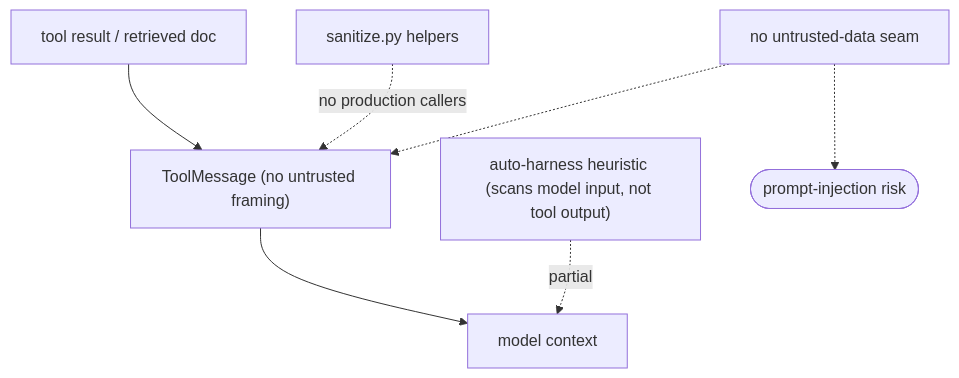
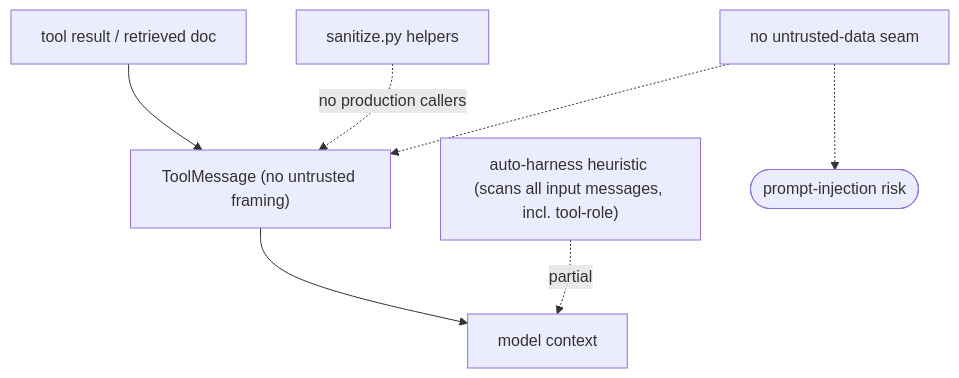
Before and after one commit to michaelatamuk/openjiuwen-jiuwenswarm: the second of 8 diagrams in docs-michael/interview_questions/09-security-and-safety.md, drawn with Mermaid. The commit also changed other lines of this file and 9 other files, not shown here.

````diff
--- a/docs-michael/interview_questions/09-security-and-safety.md
+++ b/docs-michael/interview_questions/09-security-and-safety.md
@@ -33,9 +33,9 @@
 ```mermaid
 flowchart TD
     T["tool result / retrieved doc"] --> MSG["ToolMessage (no untrusted framing)"]
     MSG --> M["model context"]
     SAN["sanitize.py helpers"] -.->|"no production callers"| MSG
-    H["auto-harness heuristic (scans model input, not tool output)"] -.->|"partial"| M
+    H["auto-harness heuristic (scans all input messages, incl. tool-role)"] -.->|"partial"| M
     GAP["no untrusted-data seam"] -.-> MSG
     GAP -.-> RISK(["prompt-injection risk"])
 ```
````
